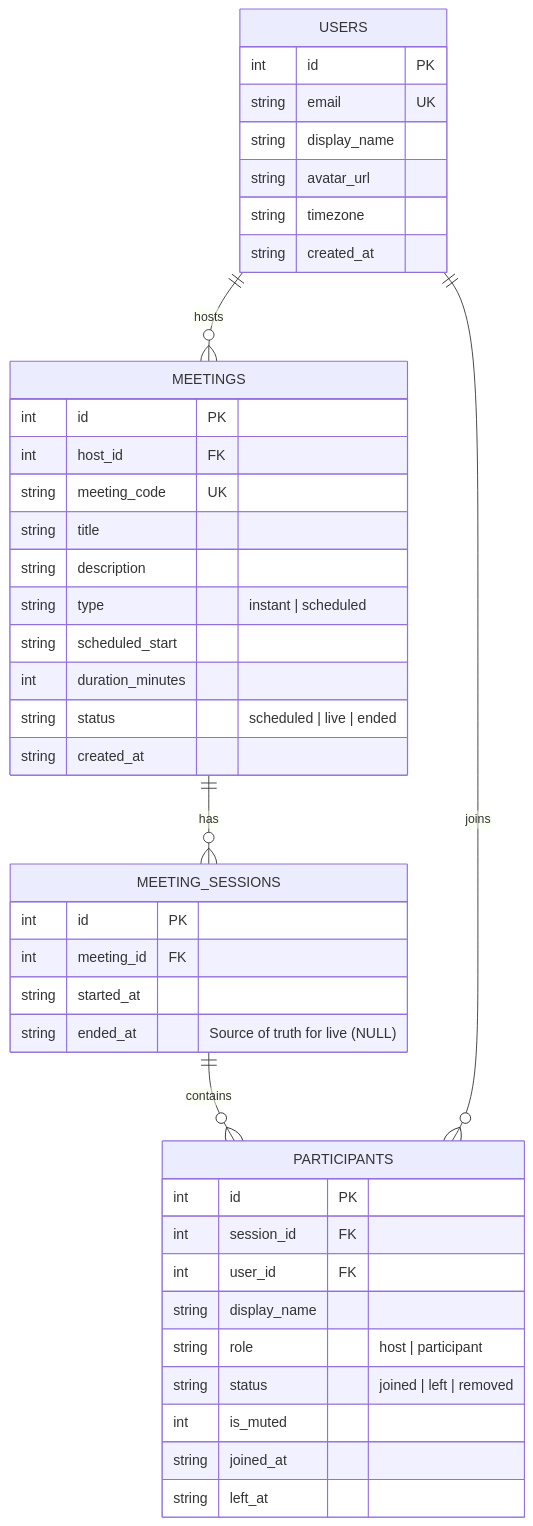
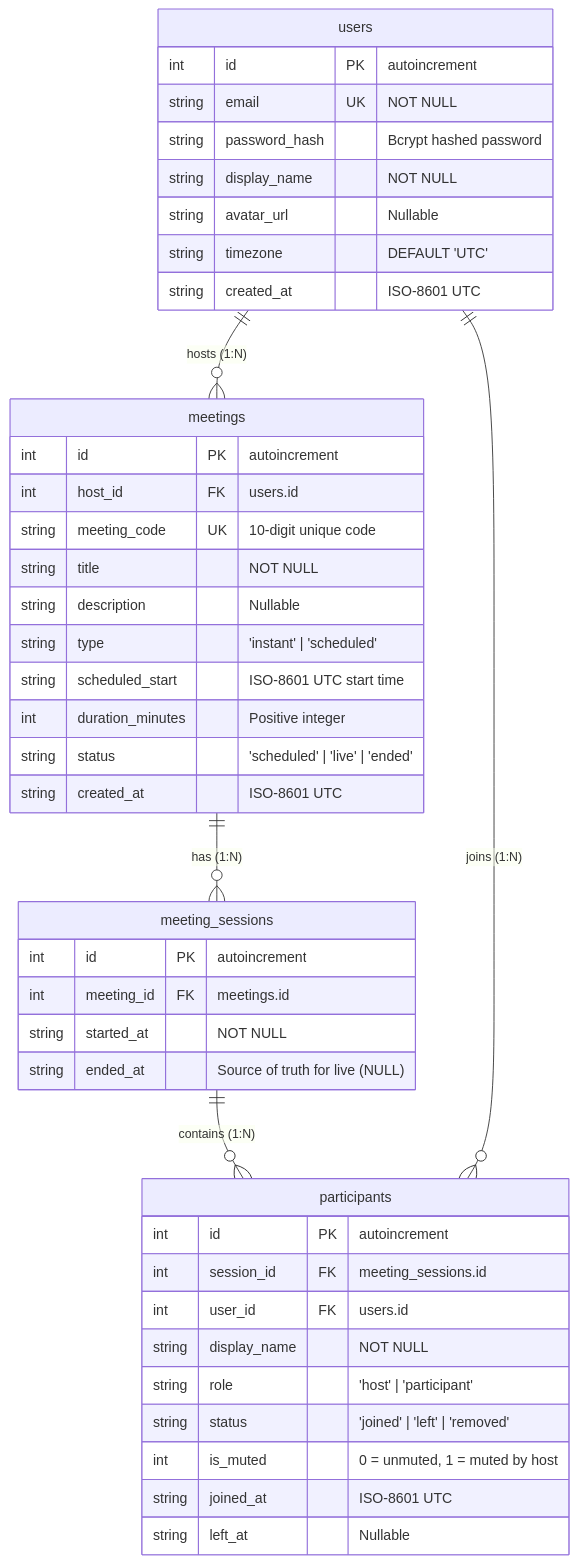
The diagram in README.md (SanyogSethi/zoom-clone), drawn with Mermaid before and after one commit. The commit also changed other lines of this file, not shown here.

Commit message:
docs: expand visual Mermaid ERD diagram with full database schema column details and constraints

````diff
--- a/README.md
+++ b/README.md
@@ -72,48 +72,49 @@
 ```mermaid
 erDiagram
-    USERS ||--o{ MEETINGS : hosts
-    MEETINGS ||--o{ MEETING_SESSIONS : has
-    MEETING_SESSIONS ||--o{ PARTICIPANTS : contains
-    USERS ||--o{ PARTICIPANTS : joins
+    users ||--o{ meetings : "hosts (1:N)"
+    meetings ||--o{ meeting_sessions : "has (1:N)"
+    meeting_sessions ||--o{ participants : "contains (1:N)"
+    users ||--o{ participants : "joins (1:N)"
 
-    USERS {
-        int id PK
-        string email UK
-        string display_name
-        string avatar_url
-        string timezone
-        string created_at
+    users {
+        int id PK "autoincrement"
+        string email UK "NOT NULL"
+        string password_hash "Bcrypt hashed password"
+        string display_name "NOT NULL"
+        string avatar_url "Nullable"
+        string timezone "DEFAULT 'UTC'"
+        string created_at "ISO-8601 UTC"
     }
 
-    MEETINGS {
-        int id PK
-        int host_id FK
-        string meeting_code UK
-        string title
-        string description
-        string type "instant | scheduled"
-        string scheduled_start
-        int duration_minutes
-        string status "scheduled | live | ended"
-        string created_at
+    meetings {
+        int id PK "autoincrement"
+        int host_id FK "users.id"
+        string meeting_code UK "10-digit unique code"
+        string title "NOT NULL"
+        string description "Nullable"
+        string type "'instant' | 'scheduled'"
+        string scheduled_start "ISO-8601 UTC start time"
+        int duration_minutes "Positive integer"
+        string status "'scheduled' | 'live' | 'ended'"
+        string created_at "ISO-8601 UTC"
     }
 
-    MEETING_SESSIONS {
-        int id PK
-        int meeting_id FK
-        string started_at
+    meeting_sessions {
+        int id PK "autoincrement"
+        int meeting_id FK "meetings.id"
+        string started_at "NOT NULL"
         string ended_at "Source of truth for live (NULL)"
     }
 
-    PARTICIPANTS {
-        int id PK
-        int session_id FK
-        int user_id FK
-        string display_name
-        string role "host | participant"
-        string status "joined | left | removed"
-        int is_muted
-        string joined_at
-        string left_at
+    participants {
+        int id PK "autoincrement"
+        int session_id FK "meeting_sessions.id"
+        int user_id FK "users.id"
+        string display_name "NOT NULL"
+        string role "'host' | 'participant'"
+        string status "'joined' | 'left' | 'removed'"
+        int is_muted "0 = unmuted, 1 = muted by host"
+        string joined_at "ISO-8601 UTC"
+        string left_at "Nullable"
     }
 ```
````
